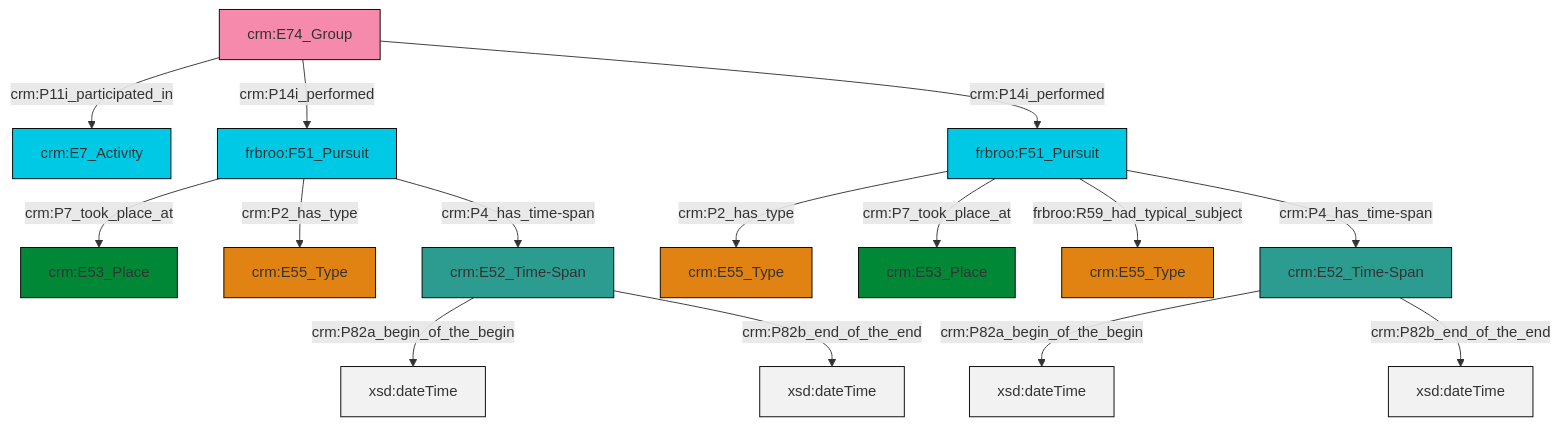
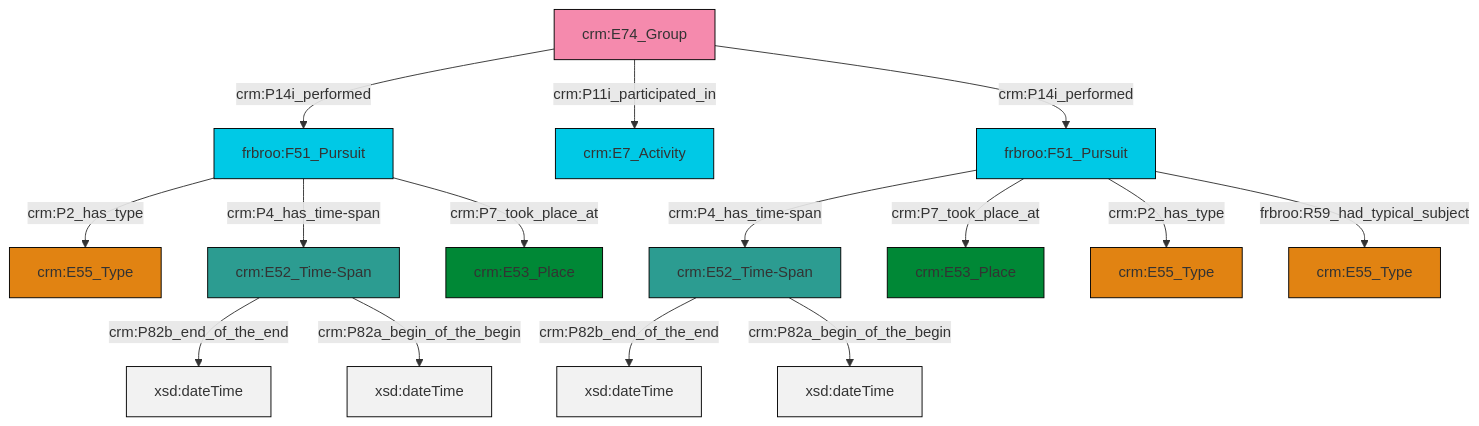
Before and after one commit to swiss-art-research-net/reference-data-models: the diagram in et/groupCSV/ttl/mmd/group_events.ttl.mmd, drawn with Mermaid. The commit also changed 124 other files, not shown here.

```diff
--- a/et/groupCSV/ttl/mmd/group_events.ttl.mmd
+++ b/et/groupCSV/ttl/mmd/group_events.ttl.mmd
@@ -1,29 +1,29 @@
 graph TD
 classDef Literal fill:#f2f2f2,stroke:#000000;
 classDef CRM_Entity fill:#FFFFFF,stroke:#000000;
 classDef Temporal_Entity fill:#00C9E6, stroke:#000000;
 classDef Type fill:#E18312, stroke:#000000;
 classDef Time-Span fill:#2C9C91, stroke:#000000;
 classDef Appellation fill:#FFEB7F, stroke:#000000;
 classDef Place fill:#008836, stroke:#000000;
 classDef Persistent_Item fill:#B266B2, stroke:#000000;
 classDef Conceptual_Object fill:#FFD700, stroke:#000000;
 classDef Physical_Thing fill:#D2B48C, stroke:#000000;
 classDef Actor fill:#f58aad, stroke:#000000;
 classDef PC_Classes fill:#4ce600, stroke:#000000;
 classDef Multi fill:#cccccc,stroke:#000000;
 
-2["crm:E52_Time-Span"]:::Time-Span -->|crm:P82a_begin_of_the_begin| 3[xsd:dateTime]:::Literal
-6["crm:E74_Group"]:::Actor -->|crm:P11i_participated_in| 7["crm:E7_Activity"]:::Temporal_Entity
-6["crm:E74_Group"]:::Actor -->|crm:P14i_performed| 8["frbroo:F51_Pursuit"]:::Temporal_Entity
-9["frbroo:F51_Pursuit"]:::Temporal_Entity -->|crm:P2_has_type| 4["crm:E55_Type"]:::Type
-9["frbroo:F51_Pursuit"]:::Temporal_Entity -->|crm:P7_took_place_at| 11["crm:E53_Place"]:::Place
-2["crm:E52_Time-Span"]:::Time-Span -->|crm:P82b_end_of_the_end| 12[xsd:dateTime]:::Literal
-9["frbroo:F51_Pursuit"]:::Temporal_Entity -->|frbroo:R59_had_typical_subject| 13["crm:E55_Type"]:::Type
-8["frbroo:F51_Pursuit"]:::Temporal_Entity -->|crm:P7_took_place_at| 16["crm:E53_Place"]:::Place
-6["crm:E74_Group"]:::Actor -->|crm:P14i_performed| 9["frbroo:F51_Pursuit"]:::Temporal_Entity
-8["frbroo:F51_Pursuit"]:::Temporal_Entity -->|crm:P2_has_type| 0["crm:E55_Type"]:::Type
-20["crm:E52_Time-Span"]:::Time-Span -->|crm:P82a_begin_of_the_begin| 21[xsd:dateTime]:::Literal
-9["frbroo:F51_Pursuit"]:::Temporal_Entity -->|crm:P4_has_time-span| 20["crm:E52_Time-Span"]:::Time-Span
-20["crm:E52_Time-Span"]:::Time-Span -->|crm:P82b_end_of_the_end| 25[xsd:dateTime]:::Literal
-8["frbroo:F51_Pursuit"]:::Temporal_Entity -->|crm:P4_has_time-span| 2["crm:E52_Time-Span"]:::Time-Span
+0["frbroo:F51_Pursuit"]:::Temporal_Entity -->|crm:P2_has_type| 1["crm:E55_Type"]:::Type
+4["frbroo:F51_Pursuit"]:::Temporal_Entity -->|crm:P4_has_time-span| 2["crm:E52_Time-Span"]:::Time-Span
+4["frbroo:F51_Pursuit"]:::Temporal_Entity -->|crm:P7_took_place_at| 5["crm:E53_Place"]:::Place
+8["crm:E52_Time-Span"]:::Time-Span -->|crm:P82b_end_of_the_end| 9[xsd:dateTime]:::Literal
+14["crm:E74_Group"]:::Actor -->|crm:P14i_performed| 0["frbroo:F51_Pursuit"]:::Temporal_Entity
+4["frbroo:F51_Pursuit"]:::Temporal_Entity -->|crm:P2_has_type| 12["crm:E55_Type"]:::Type
+14["crm:E74_Group"]:::Actor -->|crm:P11i_participated_in| 10["crm:E7_Activity"]:::Temporal_Entity
+8["crm:E52_Time-Span"]:::Time-Span -->|crm:P82a_begin_of_the_begin| 19[xsd:dateTime]:::Literal
+0["frbroo:F51_Pursuit"]:::Temporal_Entity -->|crm:P4_has_time-span| 8["crm:E52_Time-Span"]:::Time-Span
+2["crm:E52_Time-Span"]:::Time-Span -->|crm:P82b_end_of_the_end| 25[xsd:dateTime]:::Literal
+0["frbroo:F51_Pursuit"]:::Temporal_Entity -->|crm:P7_took_place_at| 6["crm:E53_Place"]:::Place
+4["frbroo:F51_Pursuit"]:::Temporal_Entity -->|frbroo:R59_had_typical_subject| 15["crm:E55_Type"]:::Type
+2["crm:E52_Time-Span"]:::Time-Span -->|crm:P82a_begin_of_the_begin| 27[xsd:dateTime]:::Literal
+14["crm:E74_Group"]:::Actor -->|crm:P14i_performed| 4["frbroo:F51_Pursuit"]:::Temporal_Entity
```
